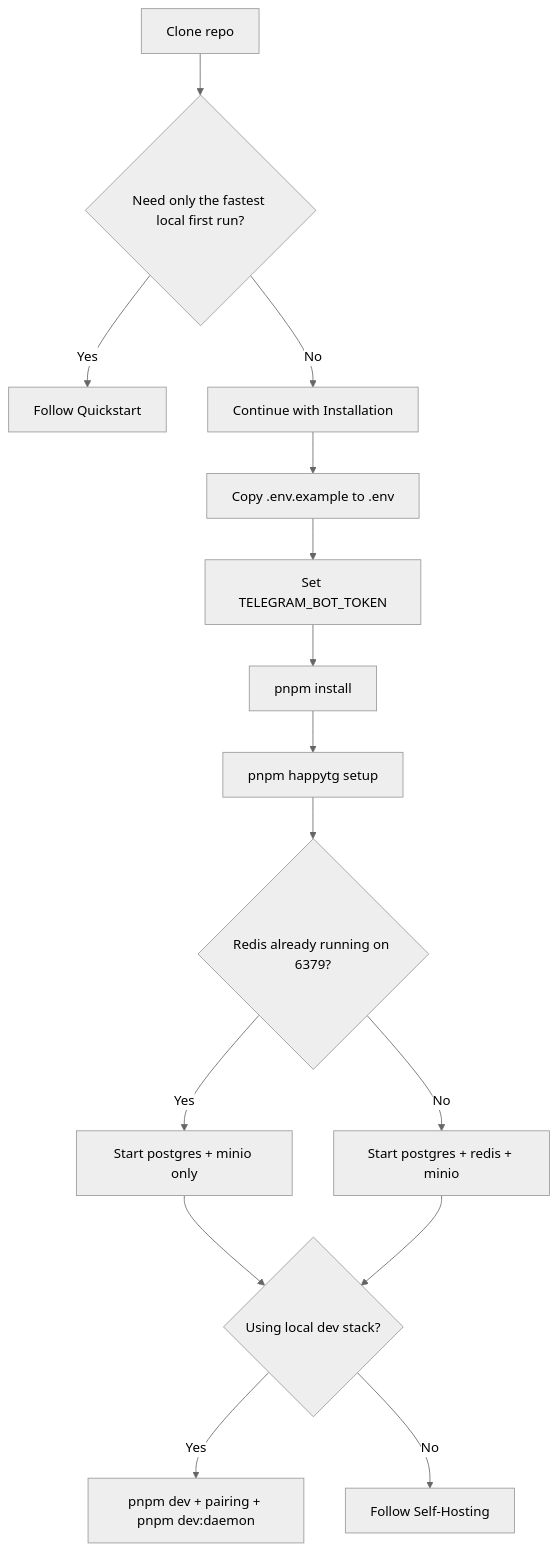
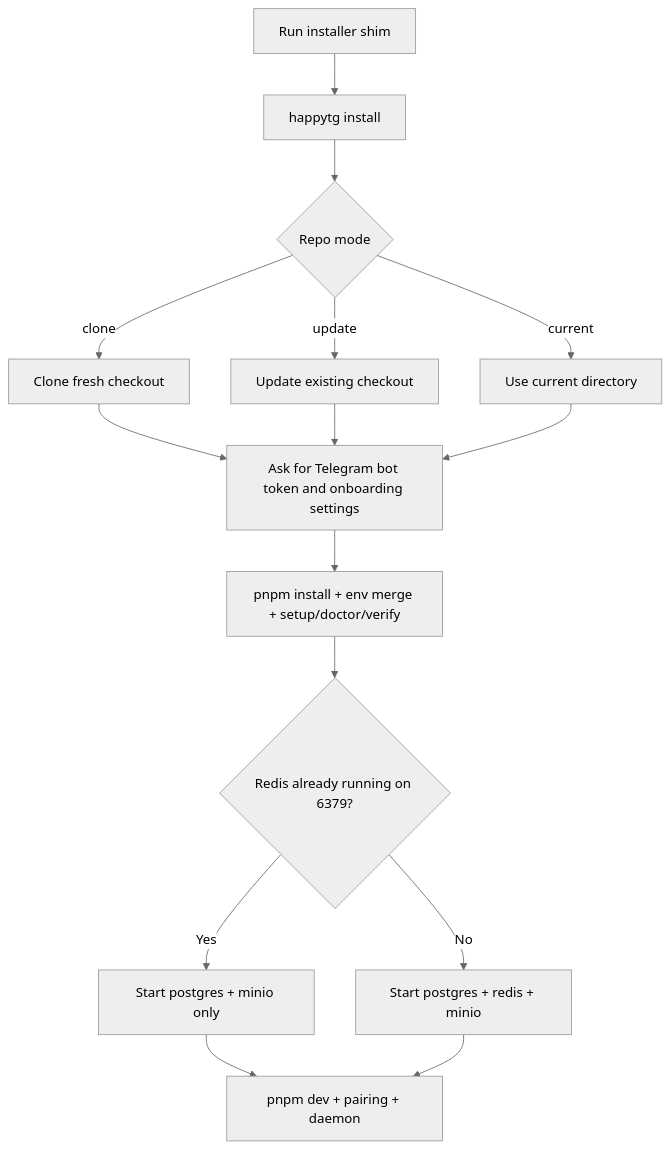
One commit to GermanMik/HappyTG changed the diagram in docs/installation.md. Above: the diagram before and after it, drawn with Mermaid (neutral theme). The commit also changed other lines of this file and 48 other files, not shown here.

````diff
--- a/docs/installation.md
+++ b/docs/installation.md
@@ -18,17 +36,17 @@
 ```mermaid
 flowchart TD
-    A["Clone repo"] --> B{"Need only the fastest local first run?"}
-    B -->|Yes| C["Follow Quickstart"]
-    B -->|No| D["Continue with Installation"]
-    D --> E["Copy .env.example to .env"]
-    E --> F["Set TELEGRAM_BOT_TOKEN"]
-    F --> G["pnpm install"]
-    G --> H["pnpm happytg setup"]
+    A["Run installer shim"] --> B["happytg install"]
+    B --> C{"Repo mode"}
+    C -->|clone| D["Clone fresh checkout"]
+    C -->|update| E["Update existing checkout"]
+    C -->|current| F["Use current directory"]
+    D --> G["Ask for Telegram bot token and onboarding settings"]
+    E --> G
+    F --> G
+    G --> H["pnpm install + env merge + setup/doctor/verify"]
     H --> I{"Redis already running on 6379?"}
     I -->|Yes| J["Start postgres + minio only"]
     I -->|No| K["Start postgres + redis + minio"]
-    J --> L{"Using local dev stack?"}
+    J --> L["pnpm dev + pairing + daemon"]
     K --> L
-    L -->|Yes| M["pnpm dev + pairing + pnpm dev:daemon"]
-    L -->|No| N["Follow Self-Hosting"]
 ```
````
